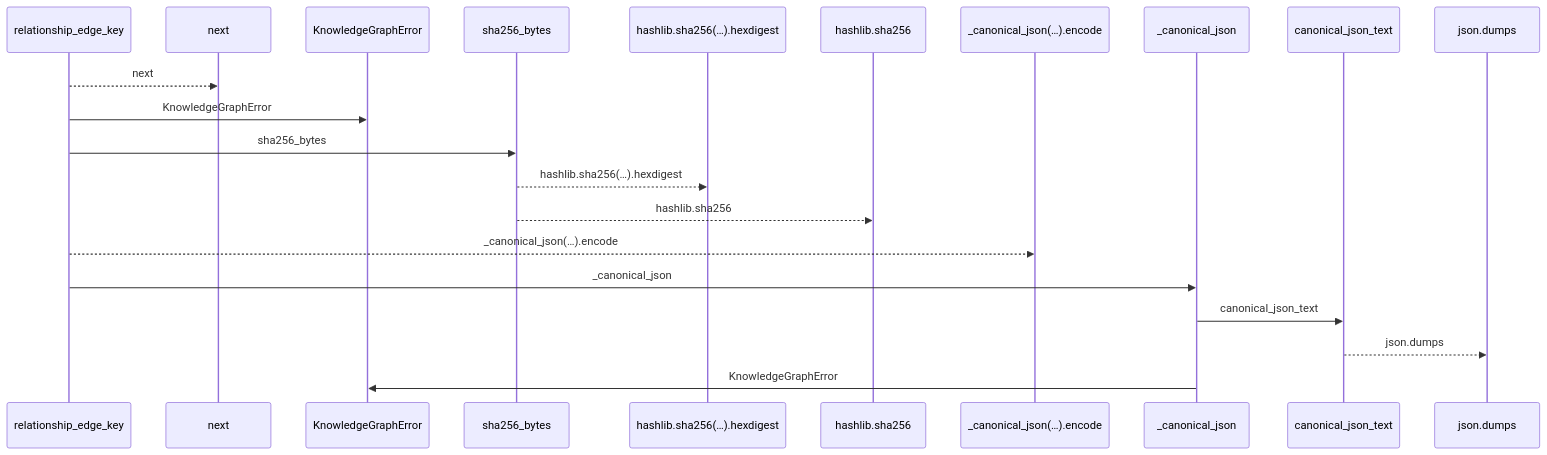
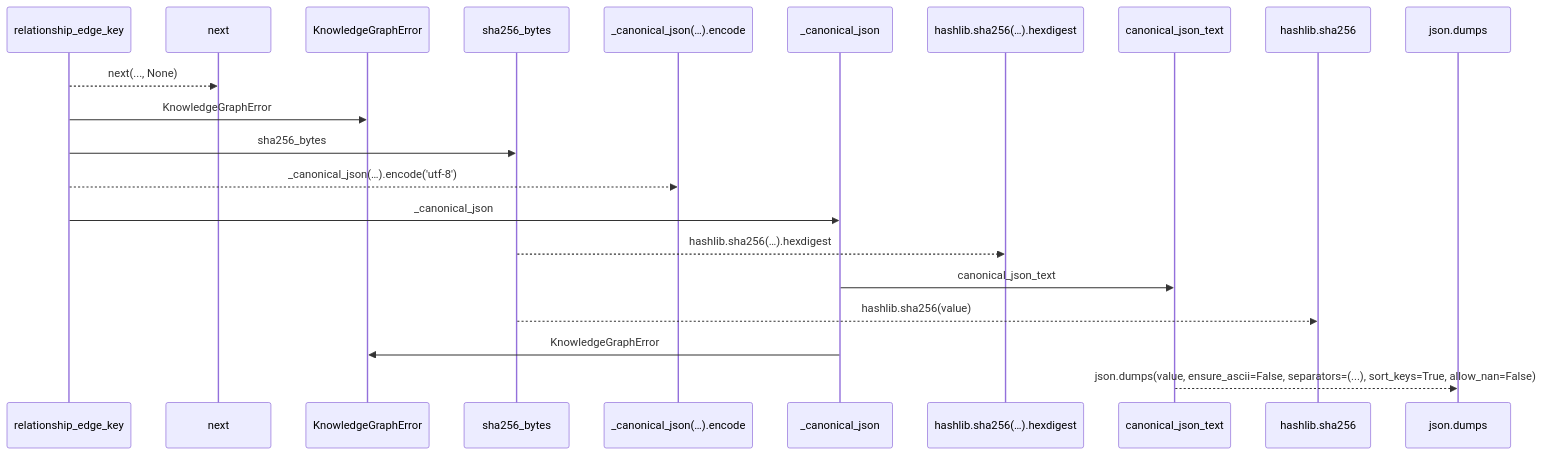
The first of 2 diagrams in docs/llm_wiki/flows/api-relationship_edge_key.md (Denissvgn/python-wiki-llm), drawn with Mermaid before and after one commit. The commit also changed other lines of this file and 1410 other files, not shown here.

````diff
--- a/docs/llm_wiki/flows/api-relationship_edge_key.md
+++ b/docs/llm_wiki/flows/api-relationship_edge_key.md
@@ -10,23 +12,23 @@
 ```mermaid
 sequenceDiagram
     participant p0 as relationship_edge_key
     participant p1 as next
     participant p2 as KnowledgeGraphError
     participant p3 as sha256_bytes
-    participant p4 as hashlib.sha256(…).hexdigest
-    participant p5 as hashlib.sha256
-    participant p6 as _canonical_json(…).encode
-    participant p7 as _canonical_json
-    participant p8 as canonical_json_text
+    participant p4 as _canonical_json(…).encode
+    participant p5 as _canonical_json
+    participant p6 as hashlib.sha256(…).hexdigest
+    participant p7 as canonical_json_text
+    participant p8 as hashlib.sha256
     participant p9 as json.dumps
-    p0-->>p1: next
+    p0-->>p1: next(..., None)
     p0->>p2: KnowledgeGraphError
     p0->>p3: sha256_bytes
-    p3-->>p4: hashlib.sha256(…).hexdigest
-    p3-->>p5: hashlib.sha256
-    p0-->>p6: _canonical_json(…).encode
-    p0->>p7: _canonical_json
-    p7->>p8: canonical_json_text
-    p8-->>p9: json.dumps
-    p7->>p2: KnowledgeGraphError
+    p0-->>p4: _canonical_json(…).encode('utf-8')
+    p0->>p5: _canonical_json
+    p3-->>p6: hashlib.sha256(…).hexdigest
+    p5->>p7: canonical_json_text
+    p3-->>p8: hashlib.sha256(value)
+    p5->>p2: KnowledgeGraphError
+    p7-->>p9: json.dumps(value, ensure_ascii=False, separators=(...), sort_keys=True, allow_nan=False)
 ```
````
